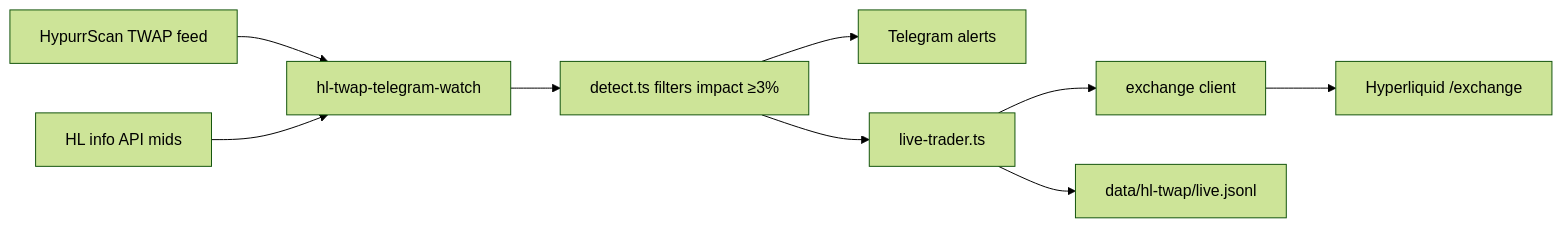
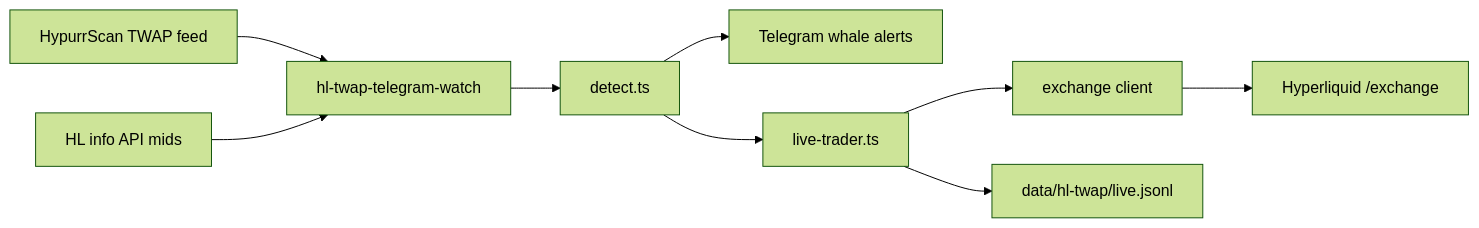
The diagram in docs/platform/hl-twap-live-architecture.md (centerrealty40-dev/solana-bot), drawn with Mermaid (forest theme) before and after one commit. The commit also changed other lines of this file and 10 other files, not shown here.

````diff
--- a/docs/platform/hl-twap-live-architecture.md
+++ b/docs/platform/hl-twap-live-architecture.md
@@ -7,11 +7,11 @@
 ```mermaid
 flowchart LR
   HypurrScan[HypurrScan TWAP feed] --> Watch[hl-twap-telegram-watch]
   HLInfo[HL info API mids] --> Watch
-  Watch --> Detect[detect.ts filters impact ≥3%]
-  Detect --> TG[Telegram alerts]
+  Watch --> Detect[detect.ts]
+  Detect --> TG[Telegram whale alerts]
   Detect --> Live[live-trader.ts]
   Live --> Exchange[exchange client]
   Exchange --> HLEx[Hyperliquid /exchange]
   Live --> Journal[data/hl-twap/live.jsonl]
 ```
````
